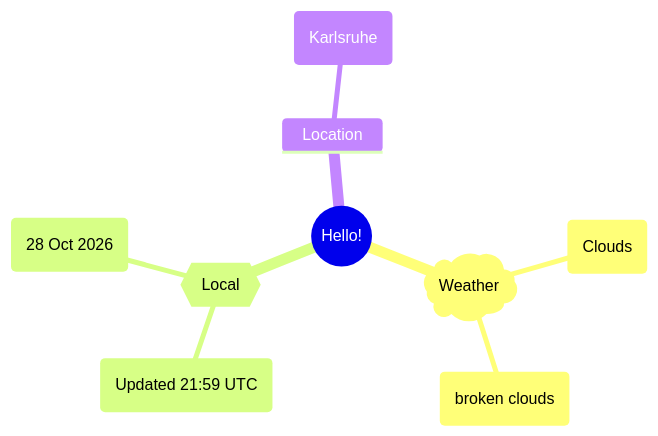
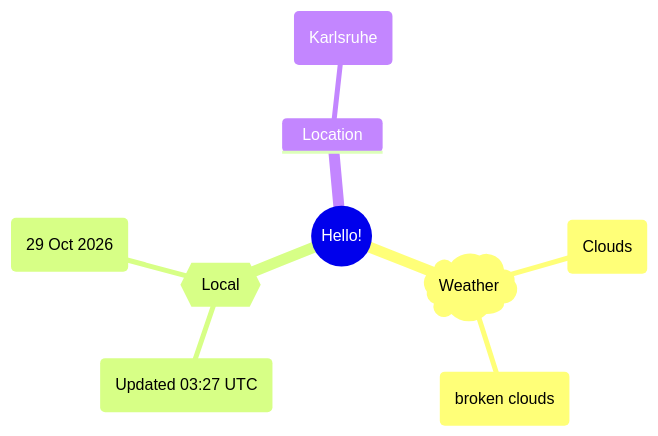
Before and after one commit to Xosrov/Xosrov: the first of 2 diagrams in README.md, drawn with Mermaid.

Commit message:
[bot] updated images

````diff
--- a/README.md
+++ b/README.md
@@ -3,12 +3,12 @@
 ```mermaid
 mindmap
   root((Hello!))
     )Weather(
         (Clouds)
         (broken clouds)
     {{Local}}
-        (Updated 21:59 UTC)
-        (28 Oct 2026)
+        (Updated 03:27 UTC)
+        (29 Oct 2026)
     Location
         (Karlsruhe)
 ```
````
